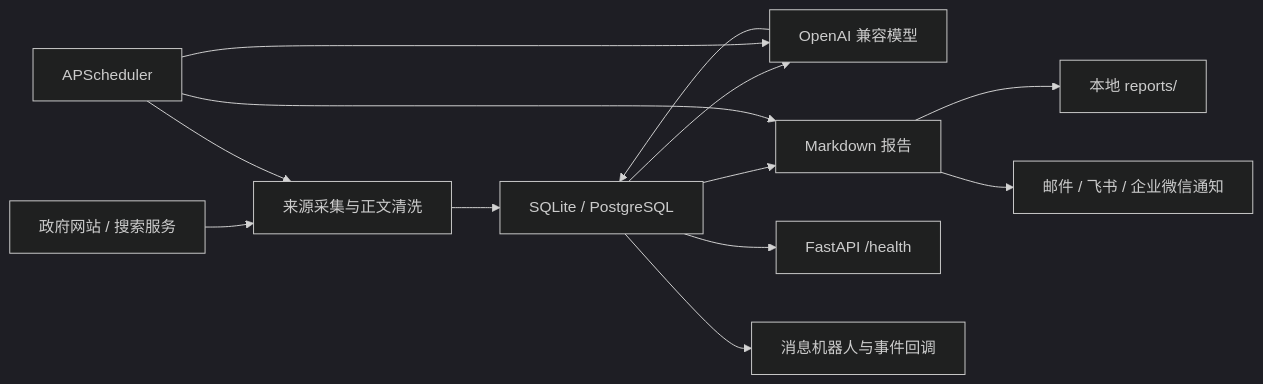
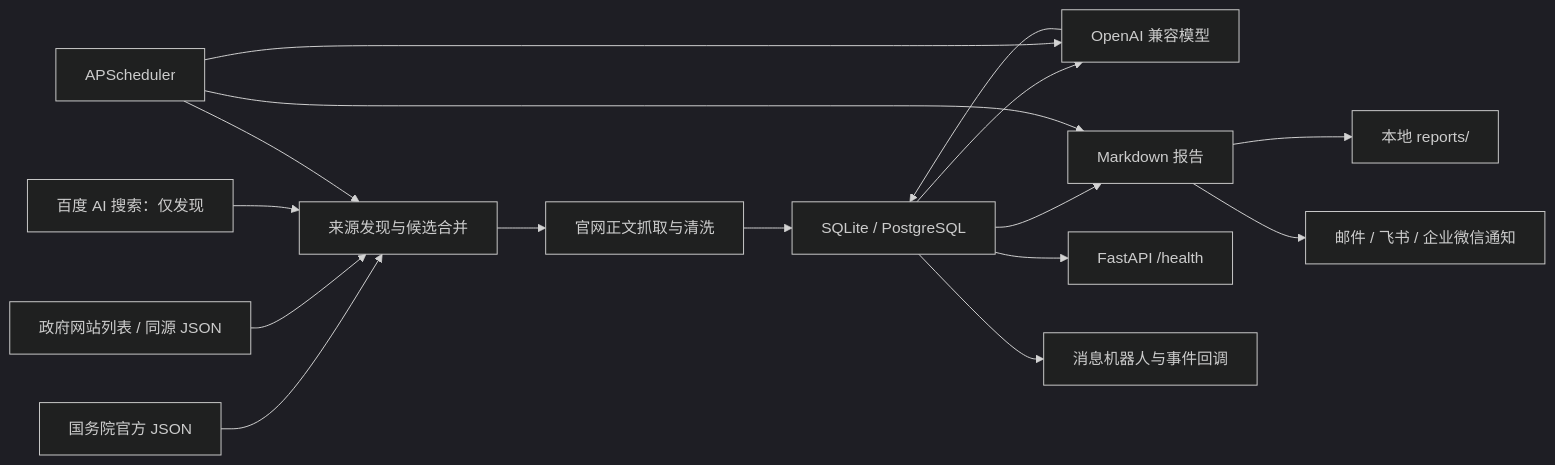
Before and after one commit to koiXiaoze/policy-ai: the first of 2 diagrams in README.md, drawn with Mermaid (dark theme). The commit also changed other lines of this file and 16 other files, not shown here.

````diff
--- a/README.md
+++ b/README.md
@@ -55,15 +73,18 @@
 ```mermaid
 flowchart LR
-    A[政府网站 / 搜索服务] --> B[来源采集与正文清洗]
-    B --> C[SQLite / PostgreSQL]
-    C --> D[OpenAI 兼容模型]
-    D --> C
-    C --> E[Markdown 报告]
-    E --> F[本地 reports/]
-    E --> G[邮件 / 飞书 / 企业微信通知]
-    C --> H[FastAPI /health]
-    S[APScheduler] --> B
-    S --> D
-    S --> E
-    C --> I[消息机器人与事件回调]
+    A[国务院官方 JSON] --> D[来源发现与候选合并]
+    B[政府网站列表 / 同源 JSON] --> D
+    C[百度 AI 搜索：仅发现] --> D
+    D --> E[官网正文抓取与清洗]
+    E --> F[SQLite / PostgreSQL]
+    F --> G[OpenAI 兼容模型]
+    G --> F
+    F --> H[Markdown 报告]
+    H --> I[本地 reports/]
+    H --> J[邮件 / 飞书 / 企业微信通知]
+    F --> K[FastAPI /health]
+    S[APScheduler] --> D
+    S --> G
+    S --> H
+    F --> L[消息机器人与事件回调]
 ```
````
